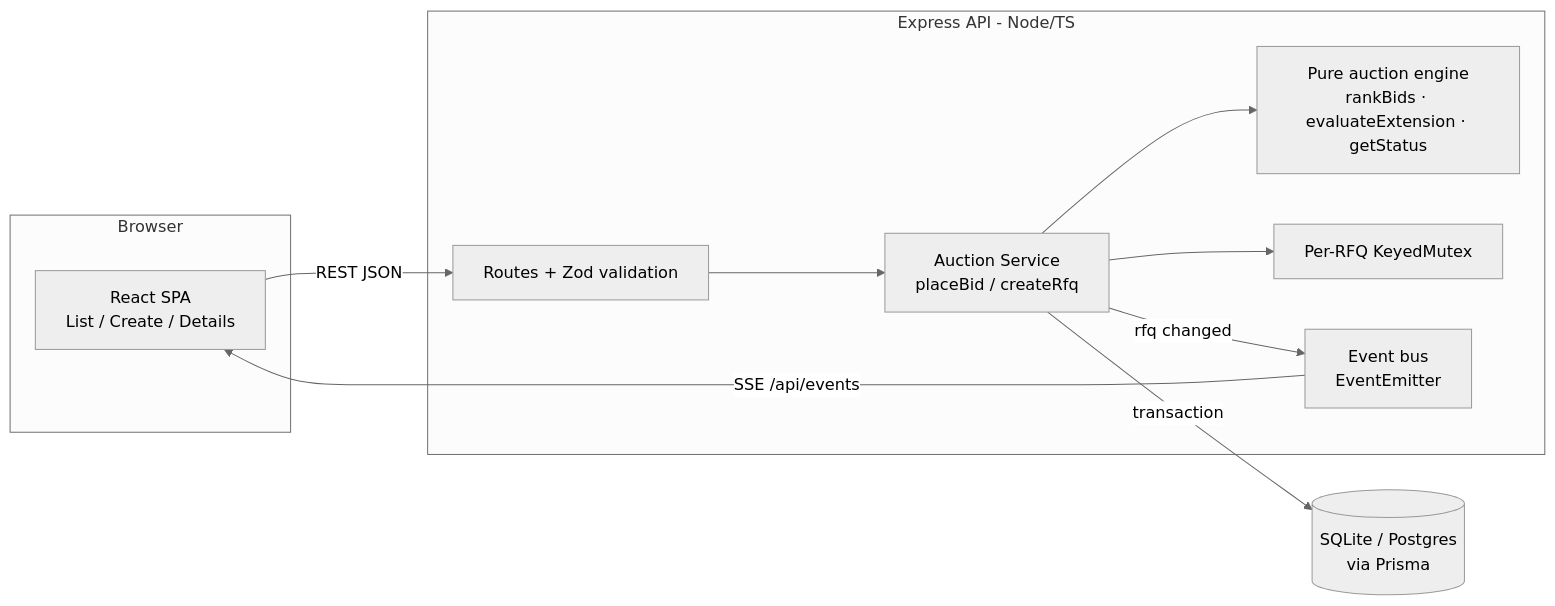
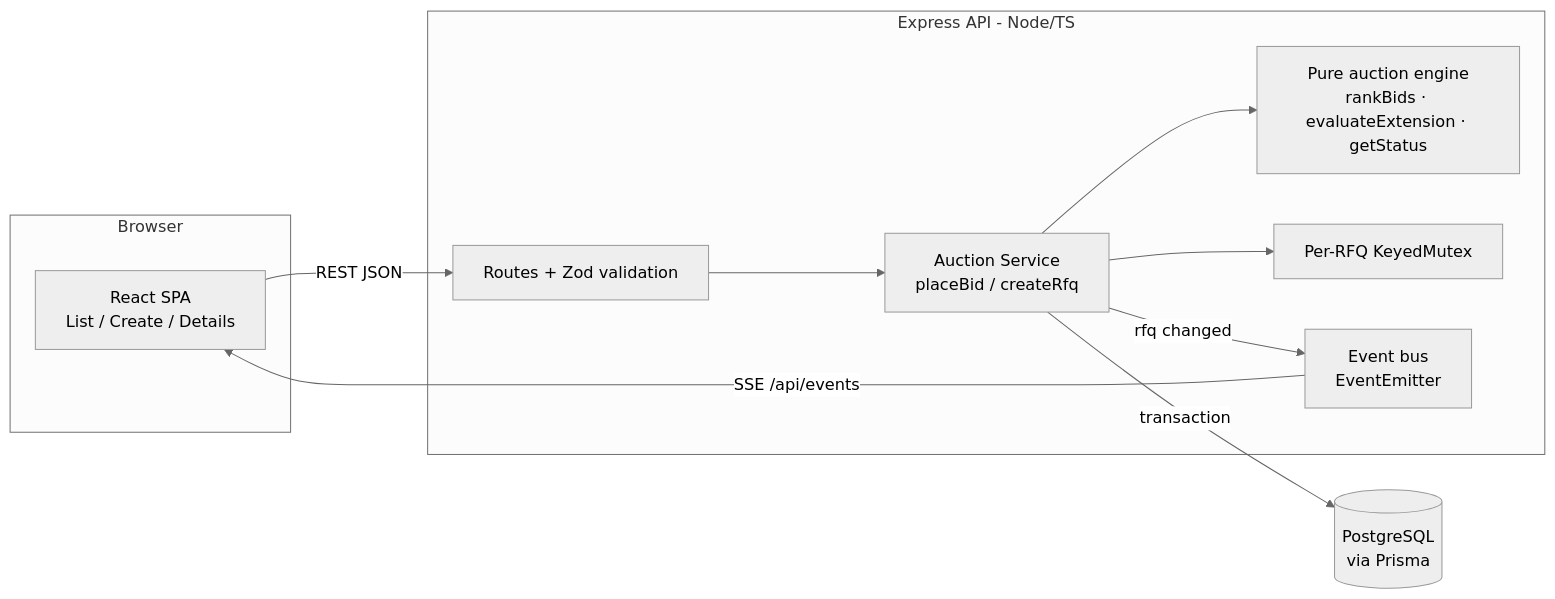
The first of 2 diagrams in docs/HLD.md (Vyoum/gocomet_british), drawn with Mermaid (neutral theme) before and after one commit. The commit also changed other lines of this file and 15 other files, not shown here.

````diff
--- a/docs/HLD.md
+++ b/docs/HLD.md
@@ -5,19 +5,19 @@
 ```mermaid
 flowchart LR
   subgraph Browser
     UI[React SPA<br/>List / Create / Details]
   end
   subgraph API[Express API - Node/TS]
     R[Routes + Zod validation]
     S[Auction Service<br/>placeBid / createRfq]
     E[Pure auction engine<br/>rankBids · evaluateExtension · getStatus]
     M[Per-RFQ KeyedMutex]
     B[Event bus<br/>EventEmitter]
   end
-  DB[(SQLite / Postgres<br/>via Prisma)]
+  DB[(PostgreSQL<br/>via Prisma)]
   UI -- REST JSON --> R --> S
   S --> M
   S --> E
   S -- transaction --> DB
   S -- rfq changed --> B -- SSE /api/events --> UI
 ```
````
